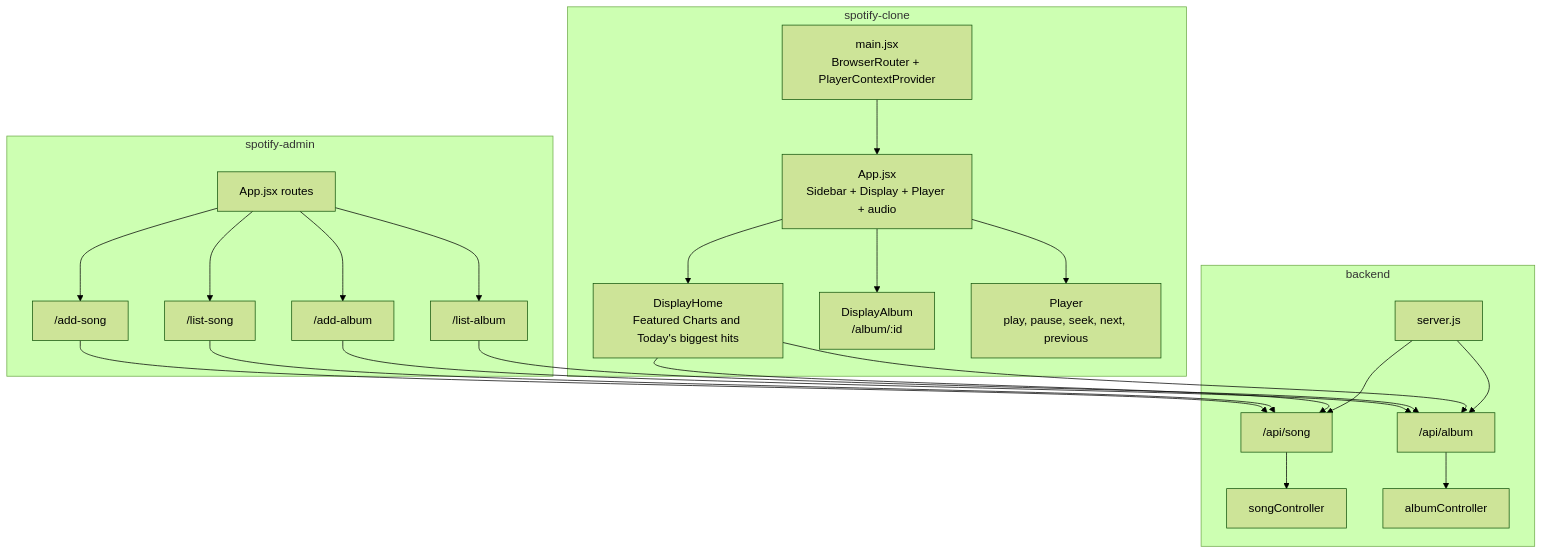
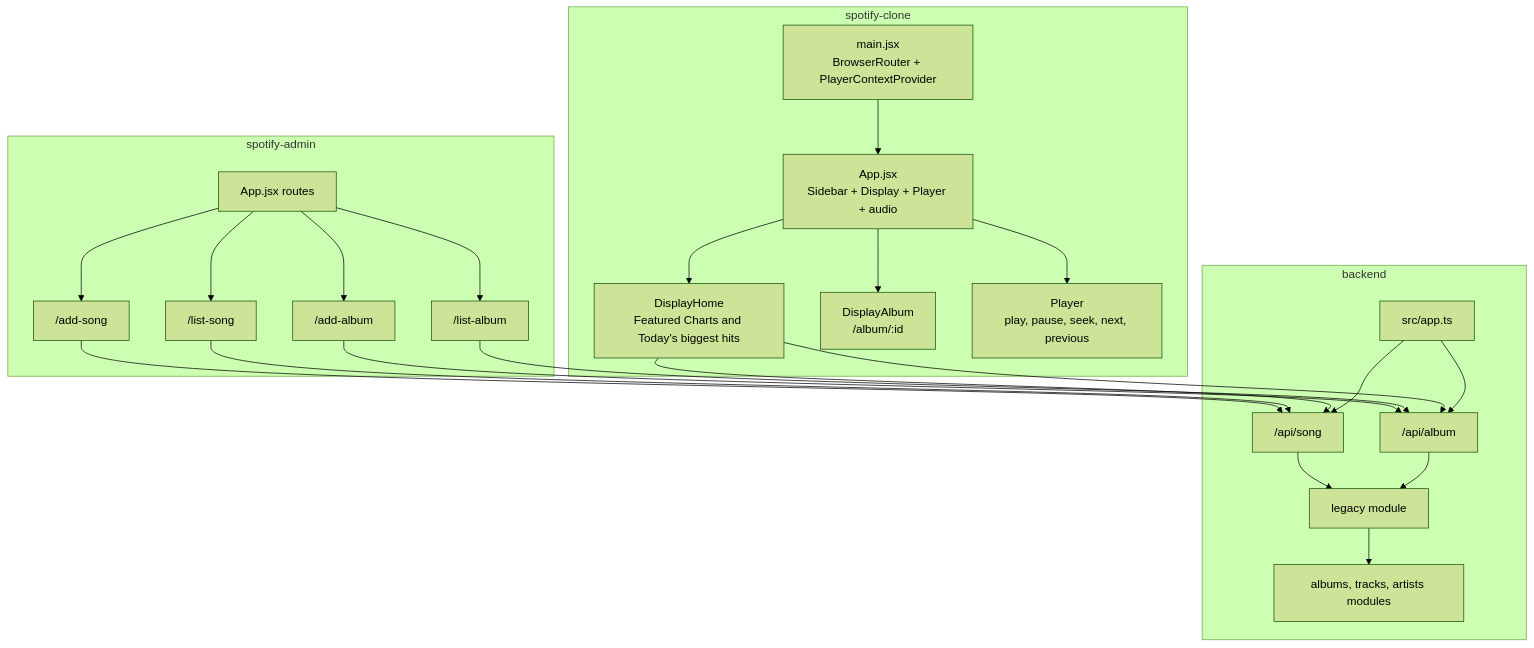
The second of 4 diagrams in README.md (kuldeepsinghr/Spotify-clone), drawn with Mermaid (forest theme) before and after one commit. The commit also changed other lines of this file and 67 other files, not shown here.

````diff
--- a/README.md
+++ b/README.md
@@ -48,45 +51,46 @@
 ```mermaid
 flowchart TB
   subgraph listener [spotify-clone]
     Main["main.jsx<br/>BrowserRouter + PlayerContextProvider"]
     App["App.jsx<br/>Sidebar + Display + Player + audio"]
     Home["DisplayHome<br/>Featured Charts and Today's biggest hits"]
     AlbumPage["DisplayAlbum<br/>/album/:id"]
     PlayerBar["Player<br/>play, pause, seek, next, previous"]
   end
 
   subgraph adminApp [spotify-admin]
     AdminApp["App.jsx routes"]
     AddSong["/add-song"]
     ListSong["/list-song"]
     AddAlbum["/add-album"]
     ListAlbum["/list-album"]
   end
 
   subgraph api [backend]
-    Server["server.js"]
+    Server["src/app.ts"]
     SongRoute["/api/song"]
     AlbumRoute["/api/album"]
-    SongCtrl["songController"]
-    AlbumCtrl["albumController"]
+    SongCtrl["legacy module"]
+    AlbumCtrl["albums, tracks, artists modules"]
   end
 
   Main --> App
   App --> Home
   App --> AlbumPage
   App --> PlayerBar
   AdminApp --> AddSong
   AdminApp --> ListSong
   AdminApp --> AddAlbum
   AdminApp --> ListAlbum
   AddSong --> SongRoute
   ListSong --> SongRoute
   AddAlbum --> AlbumRoute
   ListAlbum --> AlbumRoute
   Home --> SongRoute
   Home --> AlbumRoute
   Server --> SongRoute
   Server --> AlbumRoute
   SongRoute --> SongCtrl
-  AlbumRoute --> AlbumCtrl
+  AlbumRoute --> SongCtrl
+  SongCtrl --> AlbumCtrl
 ```
````
